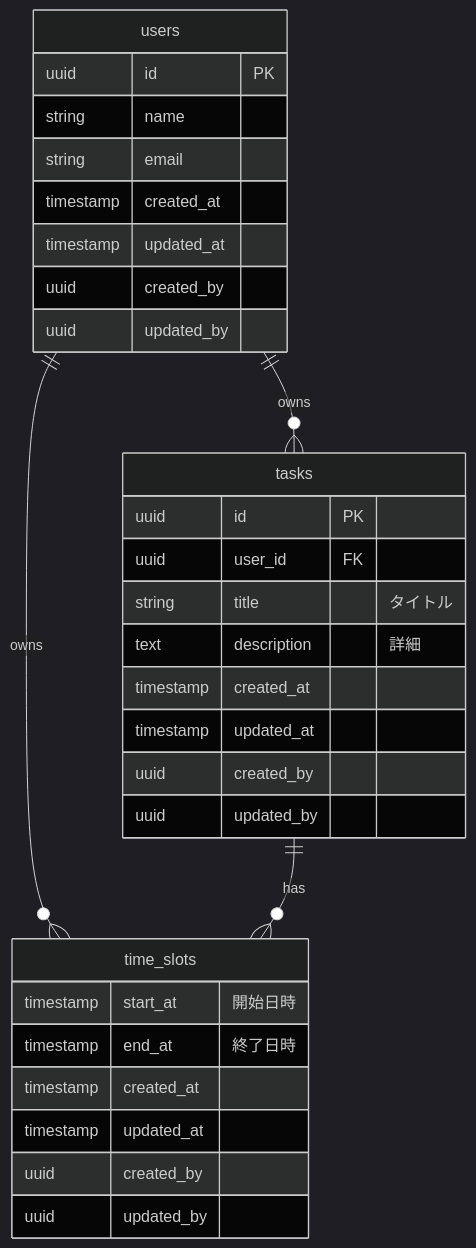
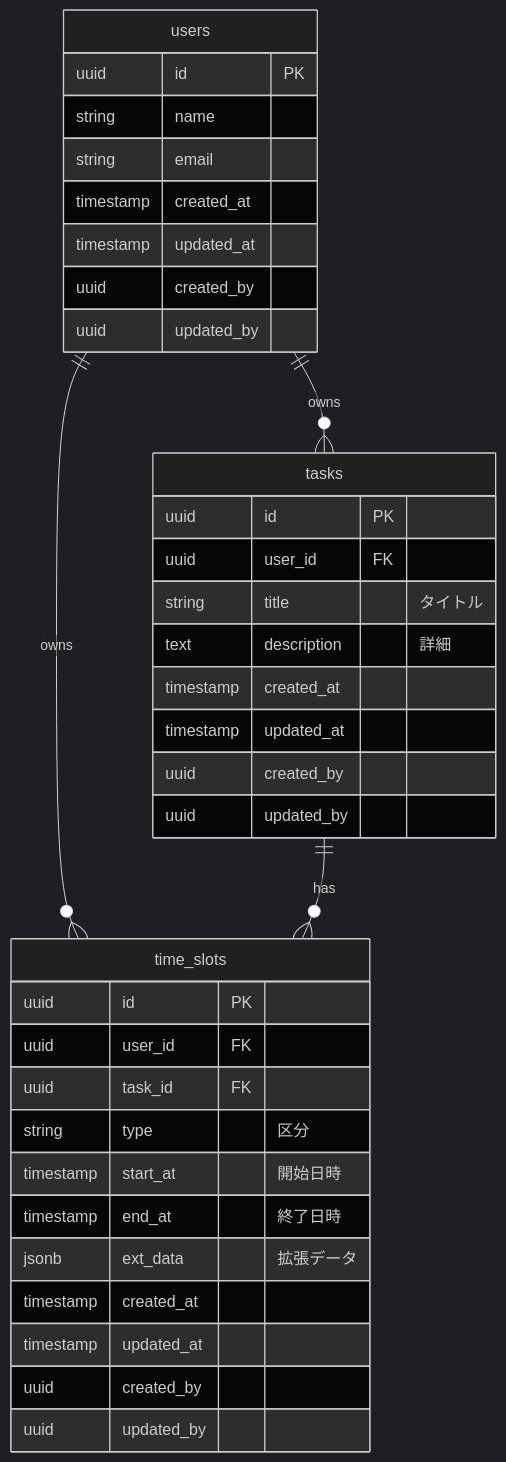
One commit to yossyi0323/App changed the diagram in ParallelCalendar/docs/database/テーブル定義書.md. Above: the diagram before and after it, drawn with Mermaid (dark theme). The commit also changed other lines of this file and 1 other file, not shown here.

````diff
--- a/ParallelCalendar/docs/database/テーブル定義書.md
+++ b/ParallelCalendar/docs/database/テーブル定義書.md
@@ -10,37 +10,42 @@
 ```mermaid
 erDiagram
     users ||--o{ tasks : "owns"
     users ||--o{ time_slots : "owns"
 
     tasks ||--o{ time_slots : "has"
 
     users {
         uuid id PK
         string name
         string email
         timestamp created_at
         timestamp updated_at
         uuid created_by
         uuid updated_by
     }
 
     tasks {
         uuid id PK
         uuid user_id FK
         string title "タイトル"
         text description "詳細"
         timestamp created_at
         timestamp updated_at
         uuid created_by
         uuid updated_by
     }
 
     time_slots {
+        uuid id PK
+        uuid user_id FK
+        uuid task_id FK
+        string type "区分"
         timestamp start_at "開始日時"
         timestamp end_at "終了日時"
+        jsonb ext_data "拡張データ"
         timestamp created_at
         timestamp updated_at
         uuid created_by
         uuid updated_by
     }
 ```
````
